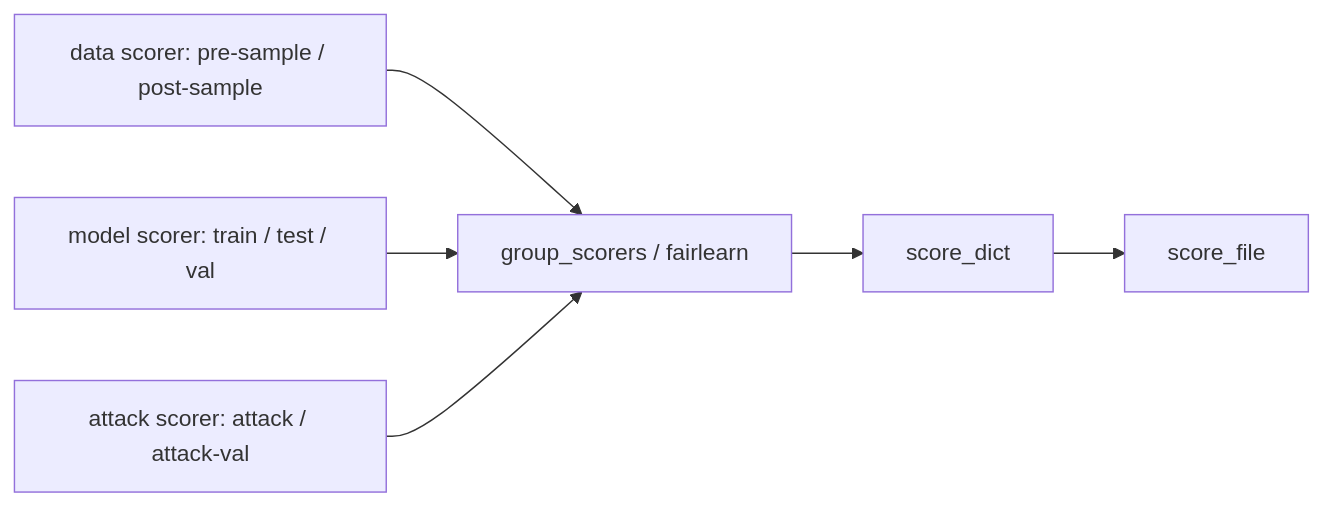
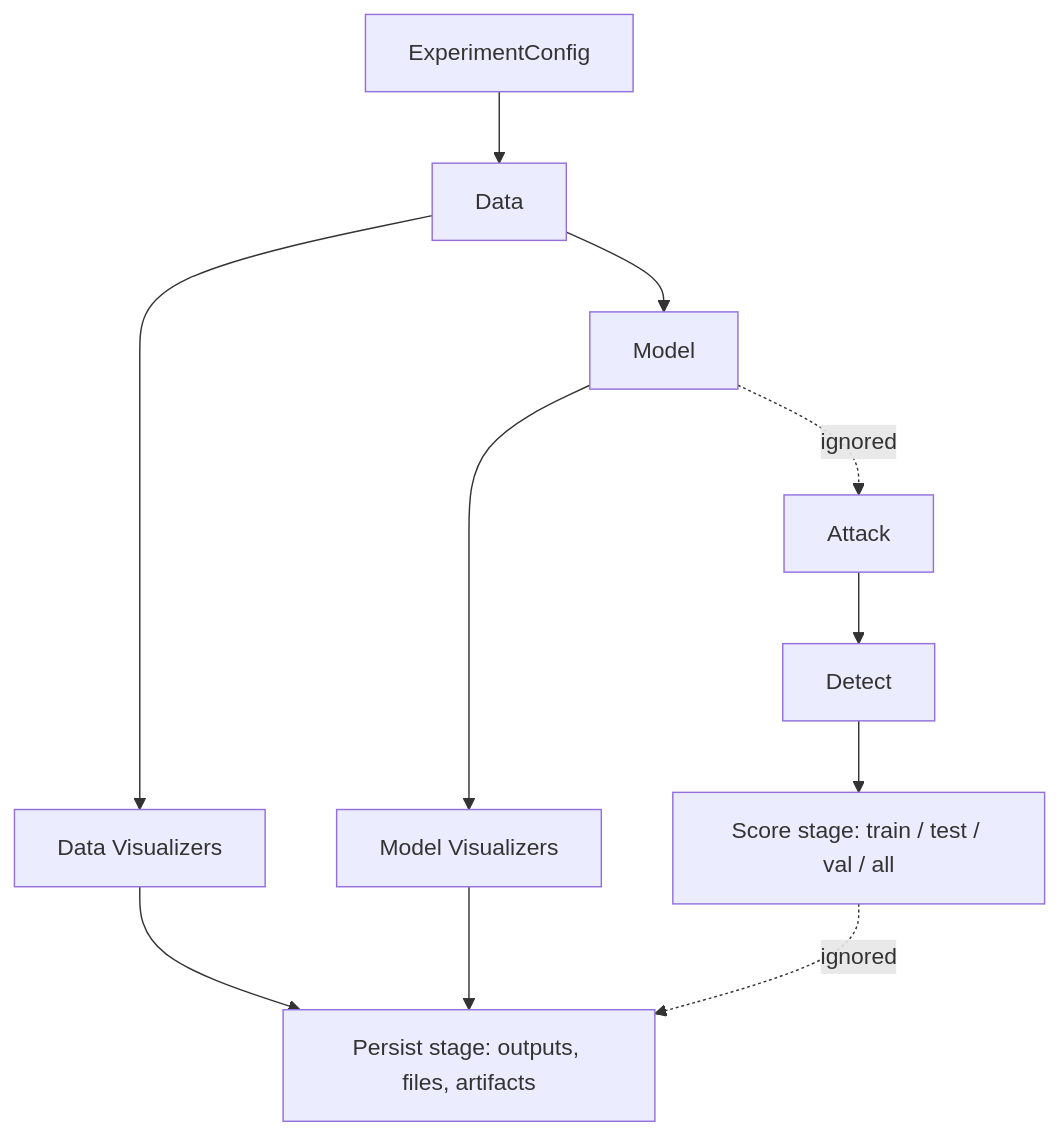
Before and after one commit to simplymathematics/deckard: diagram 17 of 18 in docs/overview/flowcharts.md, drawn with Mermaid. The commit also changed other lines of this file and 28 other files, not shown here.

````diff
--- a/docs/overview/flowcharts.md
+++ b/docs/overview/flowcharts.md
@@ -312,8 +240,13 @@
 ```mermaid
-flowchart LR
-  A[data scorer: pre-sample / post-sample]:::scores --> D[group_scorers / fairlearn]:::scores
-  B[model scorer: train / test / val]:::scores --> D
-  C[attack scorer: attack / attack-val]:::scores --> D
-  D --> E[score_dict]:::scores
-  E --> F[score_file]:::files
+flowchart TD
+  A[ExperimentConfig]:::experiment
+  B[Data]:::data
+  C[Model]:::model
+  D[Attack]:::attack
+  E[Detect]:::detector
+  F[Score stage: train / test / val / all]:::scores
+  G[Persist stage: outputs, files, artifacts]:::files
+  B --> V1[Data Visualizers] --> G
+  C --> V2[Model Visualizers] --> G
+  A --> B --> C -. ignored .-> D --> E --> F -. ignored .-> G
 ```
````
